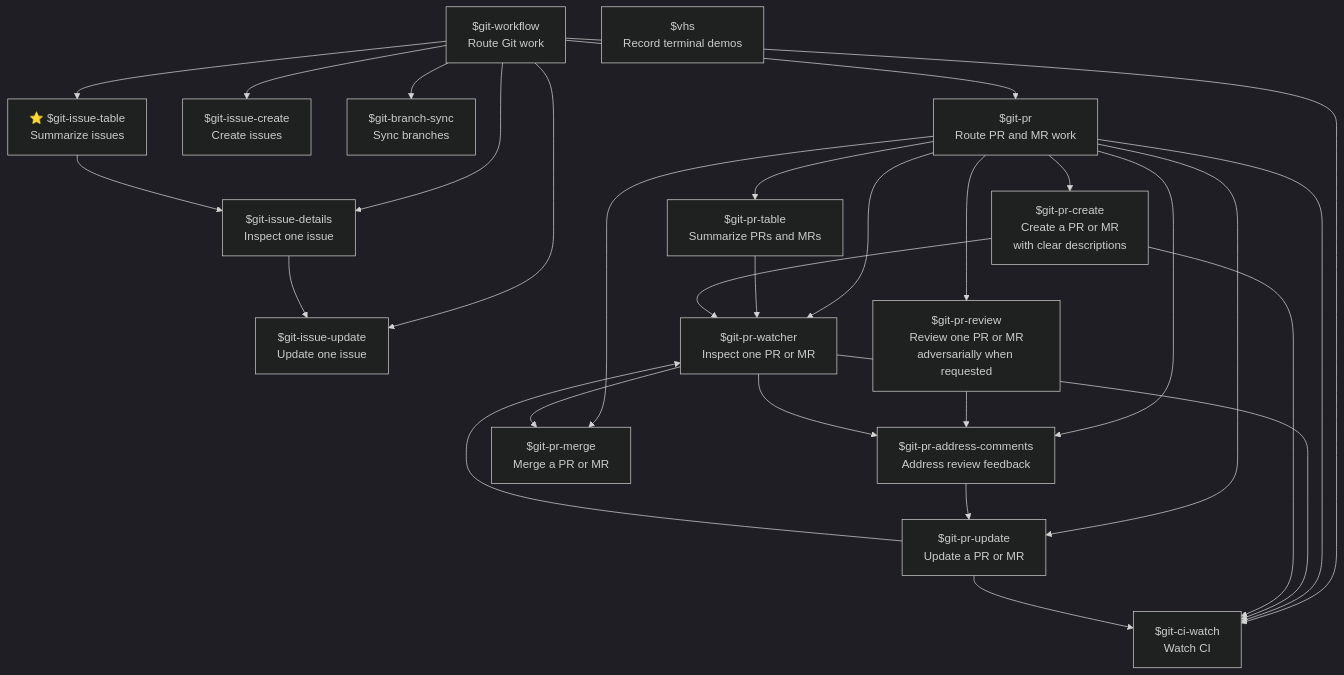
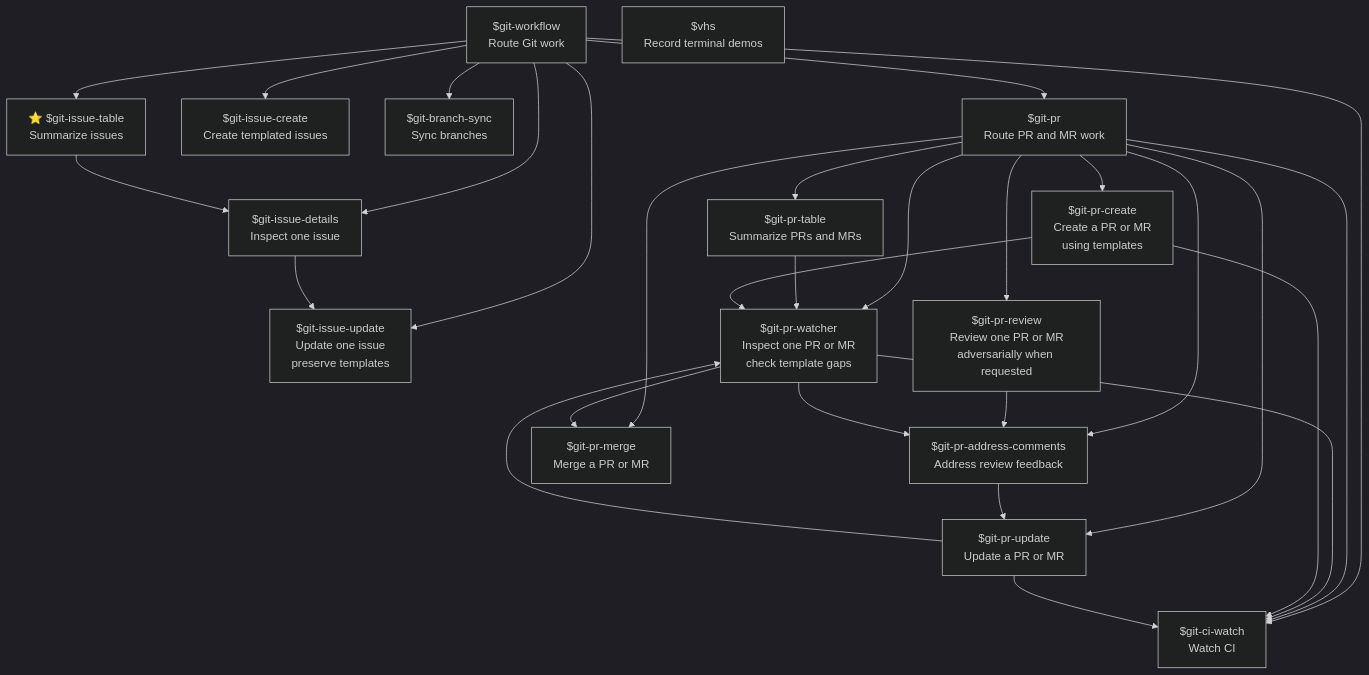
One commit to jeeftor/gitSkills changed the diagram in agent-matrix.md. Above: the diagram before and after it, drawn with Mermaid (dark theme). The commit also changed other lines of this file and 11 other files, not shown here.

Commit message:
Expand template guidance for PR and issue workflows

````diff
--- a/agent-matrix.md
+++ b/agent-matrix.md
@@ -3,47 +3,47 @@
 ```mermaid
 flowchart TD
     WORKFLOW["$git-workflow<br/>Route Git work"]
     VHS["$vhs<br/>Record terminal demos"]
     ISSUE_TABLE["⭐ $git-issue-table<br/>Summarize issues"]
     ISSUE_DETAILS["$git-issue-details<br/>Inspect one issue"]
-    ISSUE_CREATE["$git-issue-create<br/>Create issues"]
-    ISSUE_UPDATE["$git-issue-update<br/>Update one issue"]
+    ISSUE_CREATE["$git-issue-create<br/>Create templated issues"]
+    ISSUE_UPDATE["$git-issue-update<br/>Update one issue<br/>preserve templates"]
     BRANCH_SYNC["$git-branch-sync<br/>Sync branches"]
     PR["$git-pr<br/>Route PR and MR work"]
     PR_TABLE["$git-pr-table<br/>Summarize PRs and MRs"]
-    PR_WATCHER["$git-pr-watcher<br/>Inspect one PR or MR"]
+    PR_WATCHER["$git-pr-watcher<br/>Inspect one PR or MR<br/>check template gaps"]
     PR_REVIEW["$git-pr-review<br/>Review one PR or MR<br/>adversarially when requested"]
     PR_ADDRESS["$git-pr-address-comments<br/>Address review feedback"]
     CI_WATCH["$git-ci-watch<br/>Watch CI"]
-    PR_CREATE["$git-pr-create<br/>Create a PR or MR<br/>with clear descriptions"]
+    PR_CREATE["$git-pr-create<br/>Create a PR or MR<br/>using templates"]
     PR_UPDATE["$git-pr-update<br/>Update a PR or MR"]
     PR_MERGE["$git-pr-merge<br/>Merge a PR or MR"]
 
     WORKFLOW --> ISSUE_TABLE
     WORKFLOW --> ISSUE_DETAILS
     WORKFLOW --> ISSUE_CREATE
     WORKFLOW --> ISSUE_UPDATE
     WORKFLOW --> BRANCH_SYNC
     WORKFLOW --> PR
     WORKFLOW --> CI_WATCH
     ISSUE_TABLE --> ISSUE_DETAILS
     ISSUE_DETAILS --> ISSUE_UPDATE
     PR --> PR_TABLE
     PR --> PR_WATCHER
     PR --> PR_REVIEW
     PR --> PR_ADDRESS
     PR --> CI_WATCH
     PR --> PR_CREATE
     PR --> PR_UPDATE
     PR --> PR_MERGE
     PR_TABLE --> PR_WATCHER
     PR_REVIEW --> PR_ADDRESS
     PR_WATCHER --> CI_WATCH
     PR_WATCHER --> PR_ADDRESS
     PR_ADDRESS --> PR_UPDATE
     PR_CREATE --> PR_WATCHER
     PR_CREATE --> CI_WATCH
     PR_UPDATE --> CI_WATCH
     PR_UPDATE --> PR_WATCHER
     PR_WATCHER --> PR_MERGE
 ```
````
